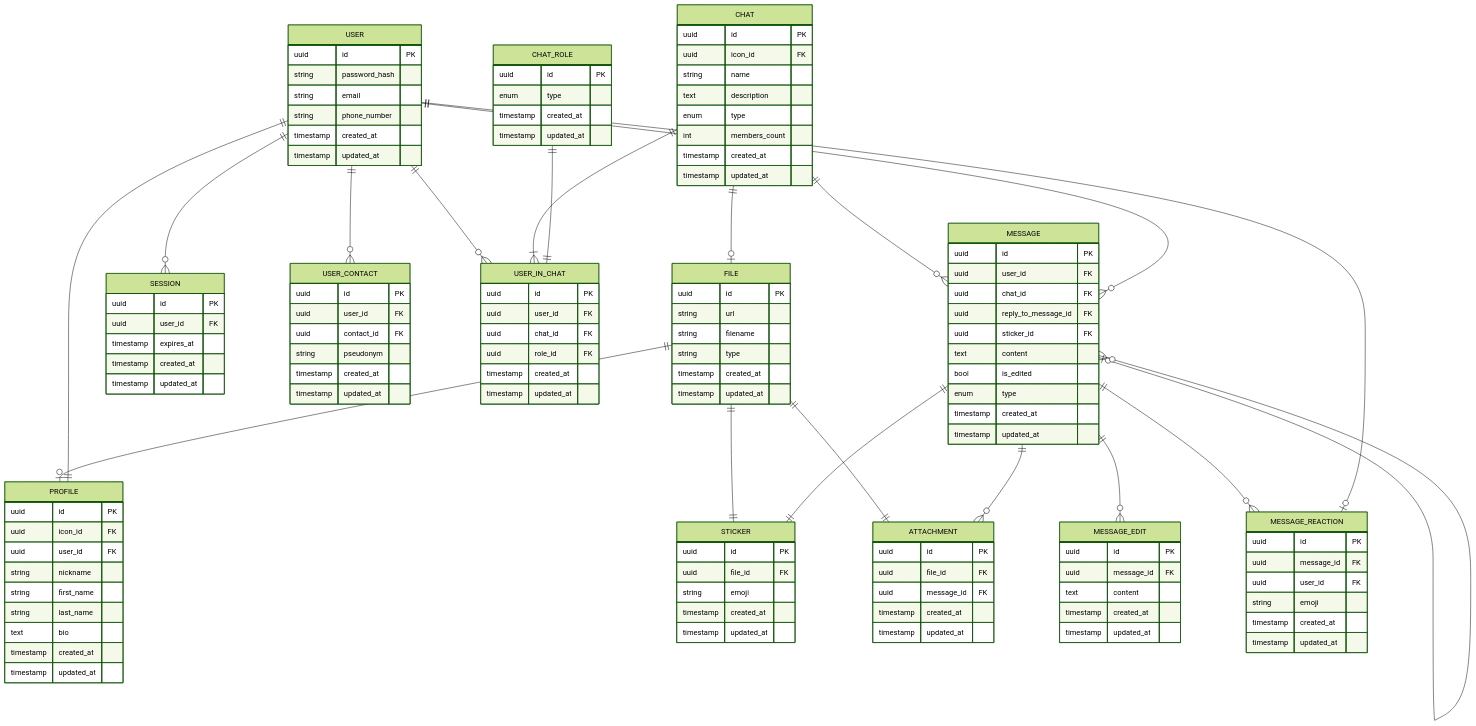
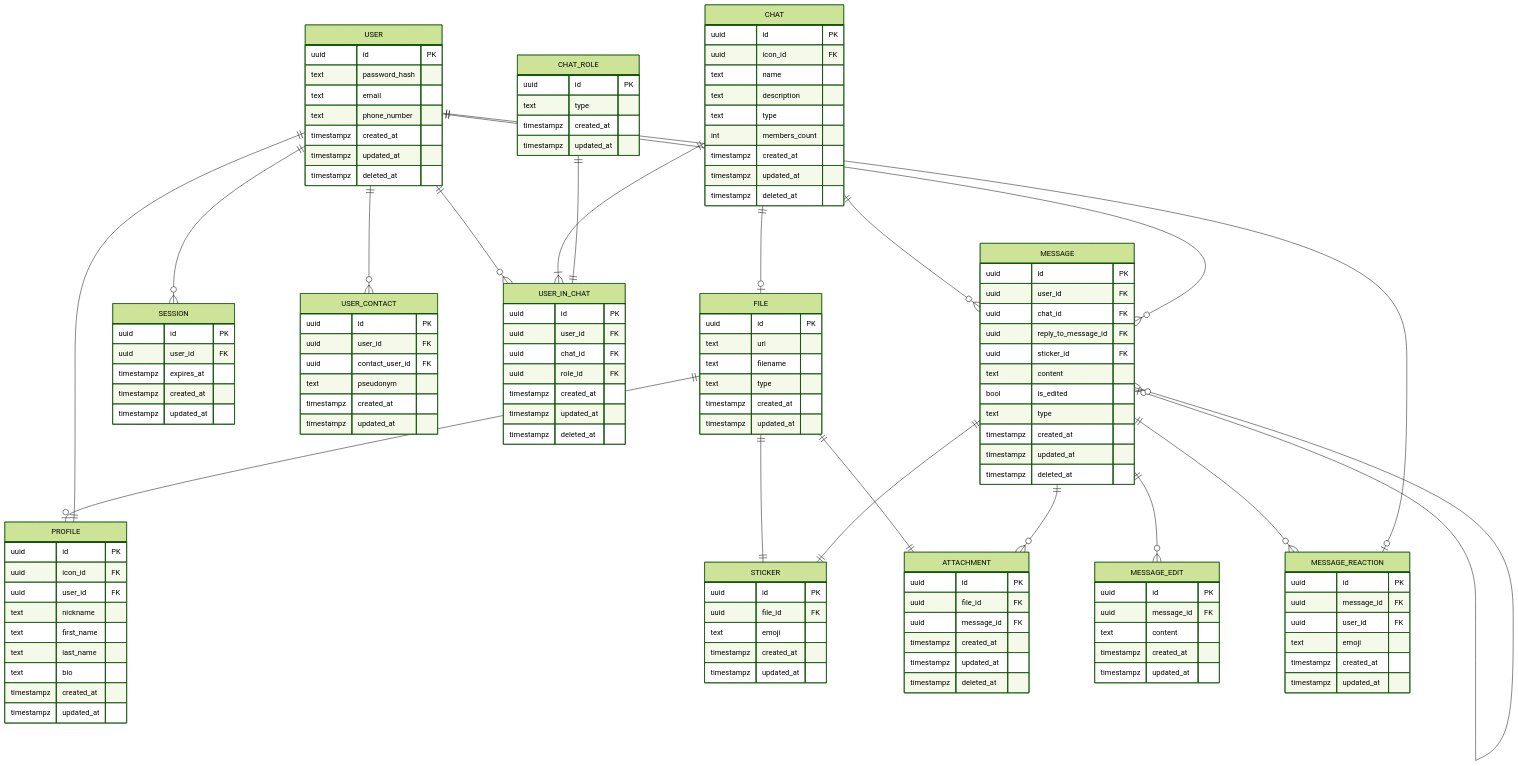
Before and after one commit to go-park-mail-ru/2026_2_se7en: the diagram in db/normalized/er_diagram.md, drawn with Mermaid (forest theme). The commit also changed 1 other file, not shown here.

Commit message:
docs: replace enum to text, add deleted_at, rename contact_id tp contact_user_id

````diff
--- a/db/normalized/er_diagram.md
+++ b/db/normalized/er_diagram.md
@@ -21,69 +21,72 @@
 
 FILE {
 uuid id PK
-string url
-string filename
-string type
-timestamp created_at
-timestamp updated_at
+text url
+text filename
+text type
+timestampz created_at
+timestampz updated_at
 }
 PROFILE {
 uuid id PK
 uuid icon_id FK
 uuid user_id FK
-string nickname
-string first_name
-string last_name
+text nickname
+text first_name
+text last_name
 text bio
-timestamp created_at
-timestamp updated_at
+timestampz created_at
+timestampz updated_at
 }
 SESSION {
 uuid id PK
 uuid user_id FK
-timestamp expires_at
-timestamp created_at
-timestamp updated_at
+timestampz expires_at
+timestampz created_at
+timestampz updated_at
 }
 USER {
 uuid id PK
-string password_hash
-string email
-string phone_number
-timestamp created_at
-timestamp updated_at
+text password_hash
+text email
+text phone_number
+timestampz created_at
+timestampz updated_at
+timestampz deleted_at
 }
 USER_CONTACT {
 uuid id PK
 uuid user_id FK
-uuid contact_id FK
-string pseudonym
-timestamp created_at
-timestamp updated_at
+uuid contact_user_id FK
+text pseudonym
+timestampz created_at
+timestampz updated_at
 }
 CHAT {
 uuid id PK
 uuid icon_id FK
-string name
+text name
 text description
-enum type
+text type
 int members_count
-timestamp created_at
-timestamp updated_at
+timestampz created_at
+timestampz updated_at
+timestampz deleted_at
 }
 CHAT_ROLE {
 uuid id PK
-enum type
-timestamp created_at
-timestamp updated_at  
+text type
+timestampz created_at
+timestampz updated_at  
 }
 USER_IN_CHAT {
 uuid id PK
 uuid user_id FK
 uuid chat_id FK
 uuid role_id FK
-timestamp created_at
-timestamp updated_at
+timestampz created_at
+timestampz updated_at
+timestampz deleted_at
 }
 MESSAGE {
 uuid id PK
@@ -93,37 +96,39 @@
 uuid sticker_id FK
 text content
 bool is_edited
-enum type
-timestamp created_at
-timestamp updated_at
+text type
+timestampz created_at
+timestampz updated_at
+timestampz deleted_at
 }
 MESSAGE_EDIT {
 uuid id PK
 uuid message_id FK
 text content
-timestamp created_at
-timestamp updated_at
+timestampz created_at
+timestampz updated_at
 }
 MESSAGE_REACTION {
 uuid id PK
 uuid message_id FK
 uuid user_id FK
-string emoji
-timestamp created_at
-timestamp updated_at
+text emoji
+timestampz created_at
+timestampz updated_at
 }
 STICKER {
 uuid id PK
 uuid file_id FK
-string emoji
-timestamp created_at
-timestamp updated_at
+text emoji
+timestampz created_at
+timestampz updated_at
 }
 ATTACHMENT {
 uuid id PK
 uuid file_id FK
 uuid message_id FK
-timestamp created_at
-timestamp updated_at
+timestampz created_at
+timestampz updated_at
+timestampz deleted_at
 }
 ```
````
